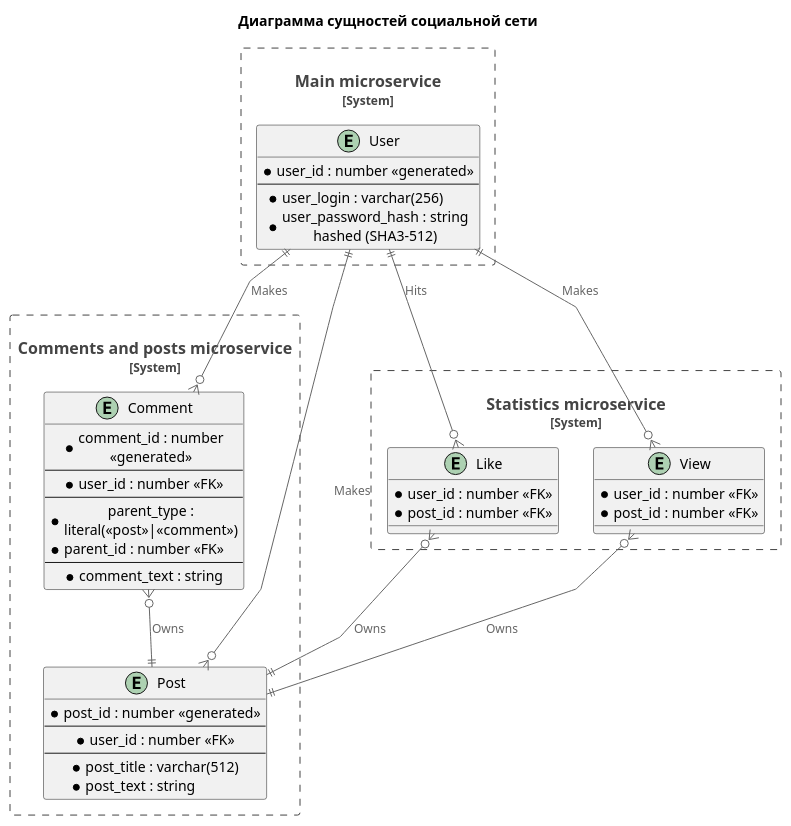
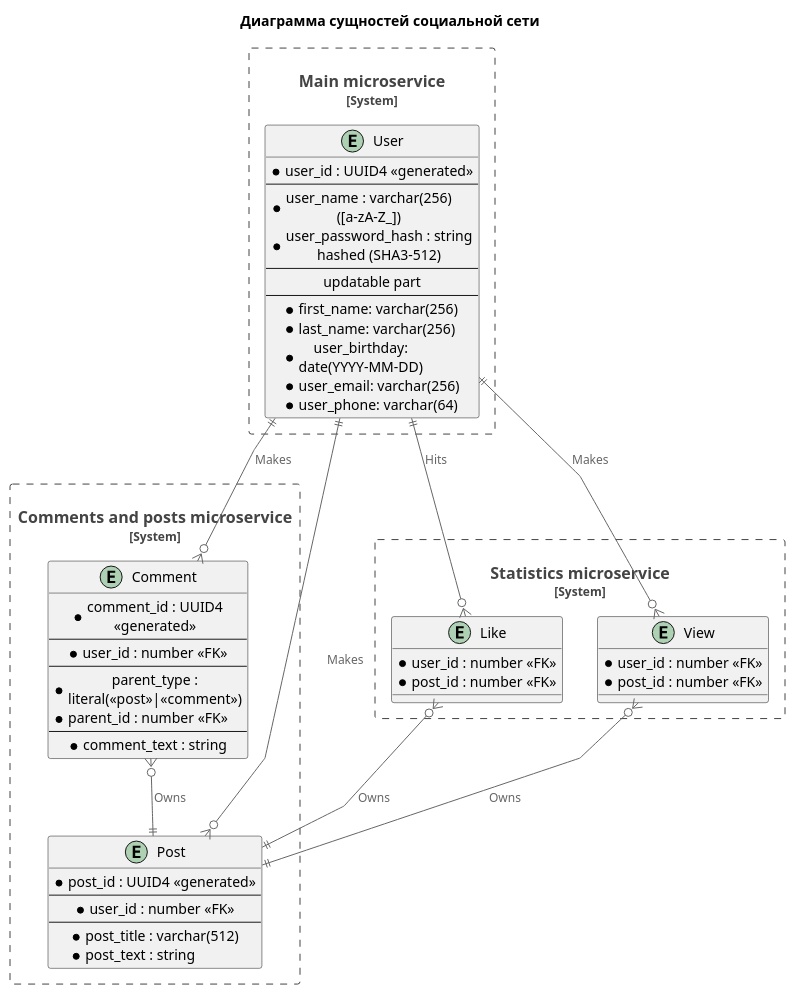
The diagram in doc/entities.puml (NinevskiyK/social-network-microserviced), drawn with PlantUML before and after one commit. The commit also changed 15 other files, not shown here.

```diff
--- a/doc/entities.puml
+++ b/doc/entities.puml
@@ -1,59 +1,67 @@
 @startuml
 !include https://raw.githubusercontent.com/plantuml-stdlib/C4-PlantUML/master/C4_Container.puml
 
 title Диаграмма сущностей социальной сети
 
 skinparam linetype polyline
 
 System_Boundary(mainBoundary, "Main microservice") {
     entity User {
-        *user_id : number <<generated>>
+        *user_id : UUID4 <<generated>>
         --
-        *user_login : varchar(256) 
+        *user_name : varchar(256) ([a-zA-Z_])
         *user_password_hash : string hashed (SHA3-512)
+        --
+        updatable part
+        --
+        *first_name: varchar(256)
+        *last_name: varchar(256)
+        *user_birthday: date(YYYY-MM-DD)
+        *user_email: varchar(256) /' see https://stackoverflow.com/questions/386294/what-is-the-maximum-length-of-a-valid-email-address '/
+        *user_phone: varchar(64)
     }
 }
 
 System_Boundary(commentsPostsBoundary, "Comments and posts microservice") {
     entity Post {
-        *post_id : number <<generated>>
+        *post_id : UUID4 <<generated>>
         --
         *user_id : number <<FK>>
         --
         *post_title : varchar(512)
         *post_text : string
     }
 
     entity Comment {
-        *comment_id : number <<generated>>
+        *comment_id : UUID4 <<generated>>
         --
         *user_id : number <<FK>>
         --
         *parent_type : literal(<<post>>|<<comment>>)
         *parent_id : number <<FK>>
         --
         *comment_text : string
     }
 }
 
 System_Boundary(statisticsBoundary, "Statistics microservice") {
     entity Like {
         *user_id : number <<FK>>
         *post_id : number <<FK>>
     }
 
     entity View {
         *user_id : number <<FK>>
         *post_id : number <<FK>>
     }
 }
 
 User ||--o{ Post : Makes
 User ||--o{ Comment : Makes
 User ||--o{ Like : Hits
 User ||--o{ View : Makes
 
 Comment }o--|| Post : Owns
 View }o--|| Post : Owns
 Like }o--|| Post : Owns
 @enduml
```
